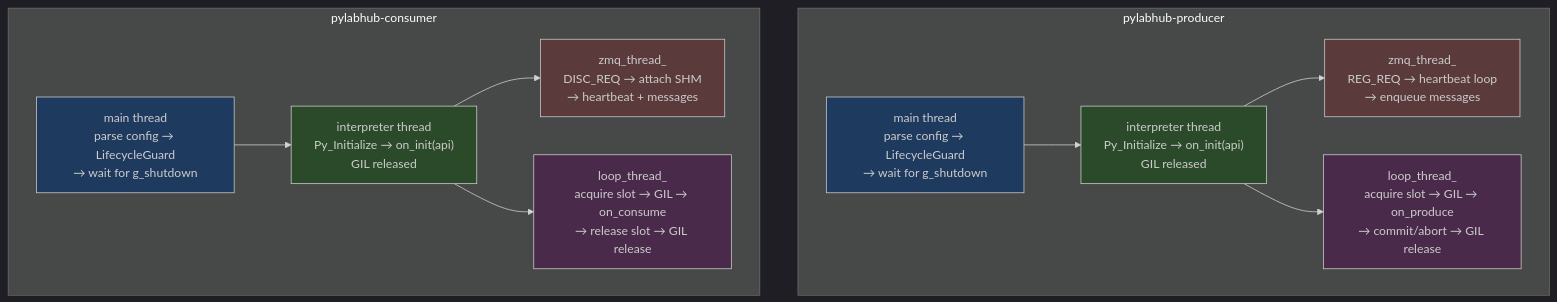
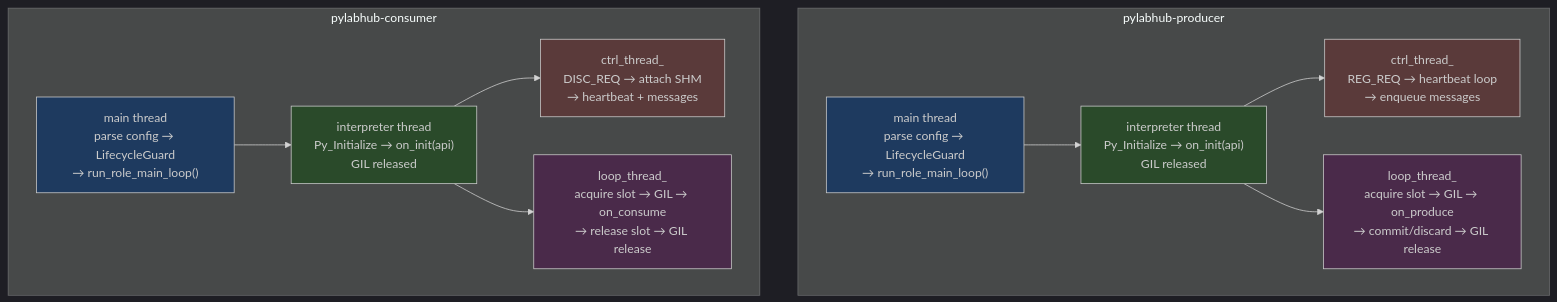
Before and after one commit to Qing-LAB/pylabhub: the diagram in cpp/docs/HEP/HEP-CORE-0018-Producer-Consumer-Binaries.md, drawn with Mermaid. The commit also changed other lines of this file and 171 other files, not shown here.

````diff
--- a/cpp/docs/HEP/HEP-CORE-0018-Producer-Consumer-Binaries.md
+++ b/cpp/docs/HEP/HEP-CORE-0018-Producer-Consumer-Binaries.md
@@ -713,32 +927,32 @@
 ```mermaid
 %%{init: {'theme': 'dark'}}%%
 graph TB
     subgraph "pylabhub-producer"
-        PM["main thread<br/>parse config → LifecycleGuard<br/>→ wait for g_shutdown"]
+        PM["main thread<br/>parse config → LifecycleGuard<br/>→ run_role_main_loop()"]
         PI["interpreter thread<br/>Py_Initialize → on_init(api)<br/>GIL released"]
-        PZ["zmq_thread_<br/>REG_REQ → heartbeat loop<br/>→ enqueue messages"]
-        PL["loop_thread_<br/>acquire slot → GIL → on_produce<br/>→ commit/abort → GIL release"]
+        PZ["ctrl_thread_<br/>REG_REQ → heartbeat loop<br/>→ enqueue messages"]
+        PL["loop_thread_<br/>acquire slot → GIL → on_produce<br/>→ commit/discard → GIL release"]
         PM --> PI
         PI --> PZ
         PI --> PL
     end
 
     subgraph "pylabhub-consumer"
-        CM["main thread<br/>parse config → LifecycleGuard<br/>→ wait for g_shutdown"]
+        CM["main thread<br/>parse config → LifecycleGuard<br/>→ run_role_main_loop()"]
         CI["interpreter thread<br/>Py_Initialize → on_init(api)<br/>GIL released"]
-        CZ["zmq_thread_<br/>DISC_REQ → attach SHM<br/>→ heartbeat + messages"]
+        CZ["ctrl_thread_<br/>DISC_REQ → attach SHM<br/>→ heartbeat + messages"]
         CL["loop_thread_<br/>acquire slot → GIL → on_consume<br/>→ release slot → GIL release"]
         CM --> CI
         CI --> CZ
         CI --> CL
     end
 
     style PM fill:#1e3a5f
     style PI fill:#2a4a2a
     style PZ fill:#5a3a3a
     style PL fill:#4a2a4a
     style CM fill:#1e3a5f
     style CI fill:#2a4a2a
     style CZ fill:#5a3a3a
     style CL fill:#4a2a4a
 ```
````
